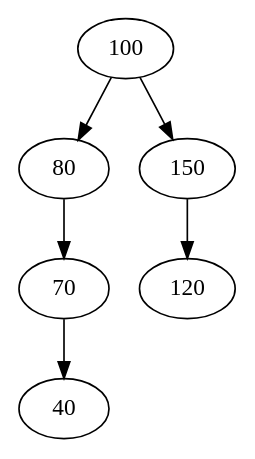
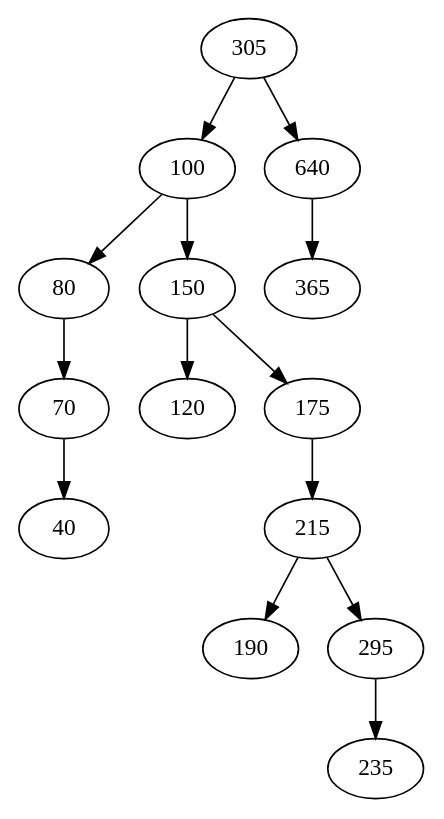
Before and after one commit to Edwinhndz/201807124_EDD_Proyecto: the diagram in grafica_arbol.dot, drawn with Graphviz. The commit also changed 20 other files, not shown here.

```diff
--- a/grafica_arbol.dot
+++ b/grafica_arbol.dot
@@ -1,17 +1,41 @@
 digraph G { 
+X10000123[label ="305"];
+X10000123->X20000123;
+X20000123[label ="100"];
 X20000123[label ="100"];
 X20000123->X60000123;
 X60000123[label ="80"];
 X60000123[label ="80"];
 X60000123->X90000123;
 X90000123[label ="70"];
 X90000123[label ="70"];
 X90000123->X05000123;
 X05000123[label ="40"];
 X20000123[label ="100"];
 X20000123->X30000123;
 X30000123[label ="150"];
 X30000123[label ="150"];
 X30000123->X04000123;
 X04000123[label ="120"];
+X30000123[label ="150"];
+X30000123->X50000123;
+X50000123[label ="175"];
+X50000123[label ="175"];
+X50000123->X70000123;
+X70000123[label ="215"];
+X70000123[label ="215"];
+X70000123->X03000123;
+X03000123[label ="190"];
+X70000123[label ="215"];
+X70000123->X80000123;
+X80000123[label ="295"];
+X80000123[label ="295"];
+X80000123->X01000123;
+X01000123[label ="235"];
+X10000123[label ="305"];
+X10000123->X40000123;
+X40000123[label ="640"];
+X40000123[label ="640"];
+X40000123->X06000123;
+X06000123[label ="365"];
  }
```
